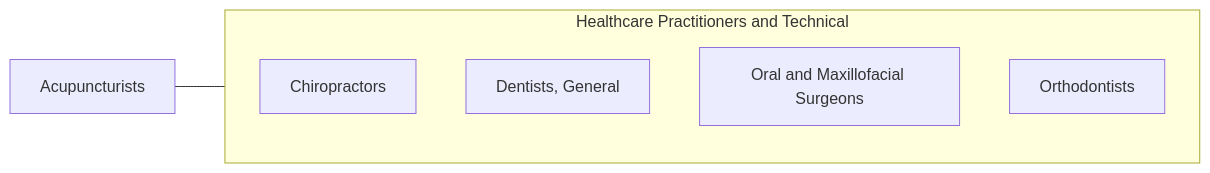
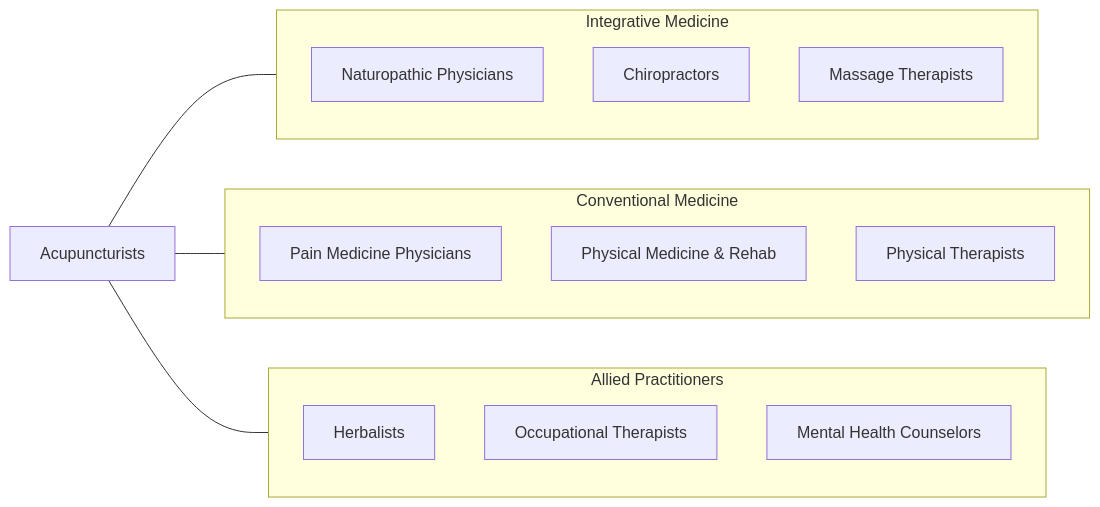
Before and after one commit to kziemski/business.org.ai: the fourth of 4 diagrams in occupations/HealthcarePractitioners/Acupuncturists.mdx, drawn with Mermaid. The commit also changed other lines of this file and 938 other files, not shown here.

````diff
--- a/occupations/HealthcarePractitioners/Acupuncturists.mdx
+++ b/occupations/HealthcarePractitioners/Acupuncturists.mdx
@@ -122,13 +220,26 @@
 ```mermaid
 graph LR
     Current["Acupuncturists"]
 
-    subgraph SameCategory["Healthcare Practitioners and Technical"]
-        Chiropractors["Chiropractors"]
-        DentistsGeneral["Dentists, General"]
-        OralAndMaxillofacial["Oral and Maxillofacial Surgeons"]
-        Orthodontists["Orthodontists"]
+    subgraph IntegrativeMedicine["Integrative Medicine"]
+        Naturopath["Naturopathic Physicians"]
+        Chiro["Chiropractors"]
+        MassTherapist["Massage Therapists"]
     end
 
-    Current --- SameCategory
+    subgraph ConventionalMedicine["Conventional Medicine"]
+        PainMD["Pain Medicine Physicians"]
+        PM_R["Physical Medicine & Rehab"]
+        PT["Physical Therapists"]
+    end
+
+    subgraph AltHealth["Allied Practitioners"]
+        Herbalist["Herbalists"]
+        OT["Occupational Therapists"]
+        Counselor["Mental Health Counselors"]
+    end
+
+    Current --- IntegrativeMedicine
+    Current --- ConventionalMedicine
+    Current --- AltHealth
 ```
````
